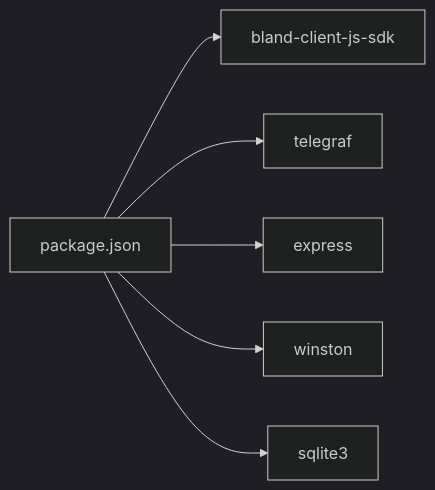
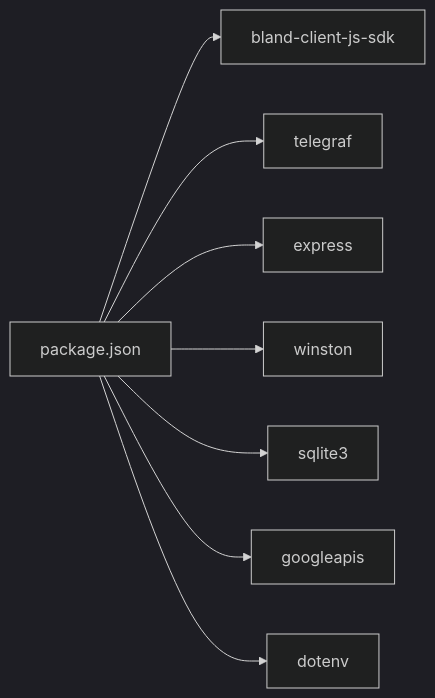
One commit to Armanda888/appointment-voice-agent changed the eighth of 8 diagrams in .qoder/repowiki/en/content/Core Components/Voice Service Integration.md. Above: the diagram before and after it, drawn with Mermaid (dark theme). The commit also changed other lines of this file and 10 other files, not shown here.

````diff
--- a/.qoder/repowiki/en/content/Core Components/Voice Service Integration.md
+++ b/.qoder/repowiki/en/content/Core Components/Voice Service Integration.md
@@ -385,14 +426,18 @@
 ```mermaid
 graph LR
 PKG["package.json"]
 BLND["bland-client-js-sdk"]
 TG["telegraf"]
 EX["express"]
 WINST["winston"]
 SQL["sqlite3"]
+GAPI["googleapis"]
+DOT["dotenv"]
 PKG --> BLND
 PKG --> TG
 PKG --> EX
 PKG --> WINST
 PKG --> SQL
+PKG --> GAPI
+PKG --> DOT
 ```
````
